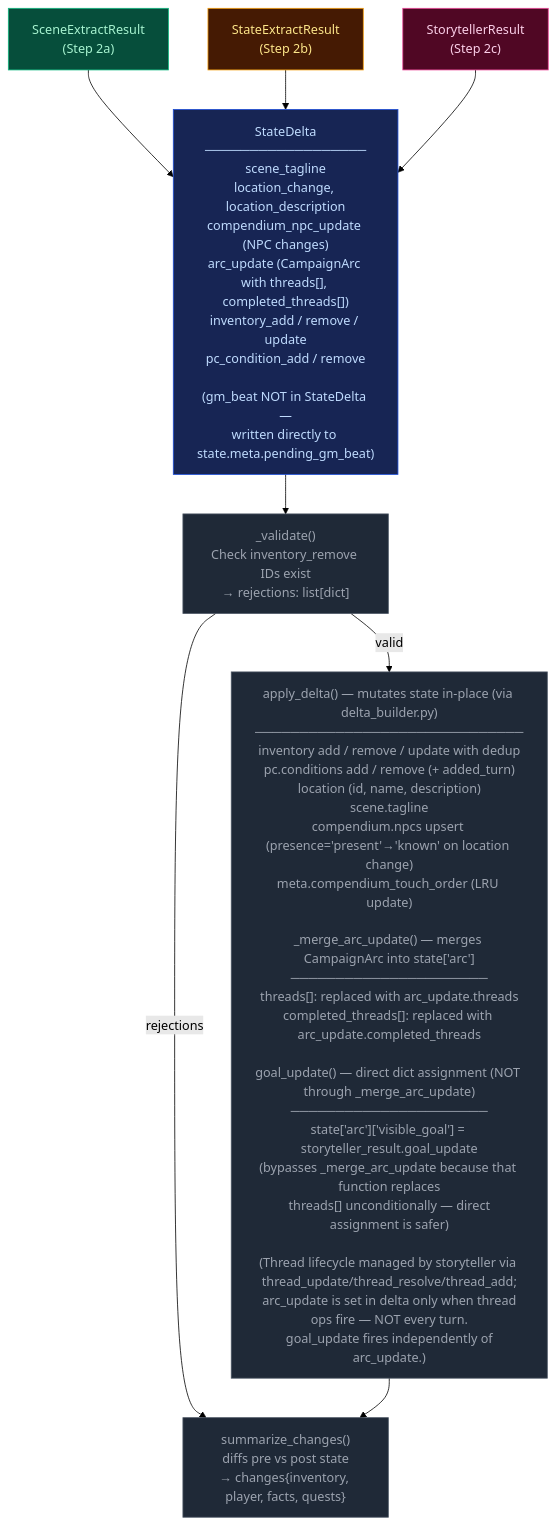
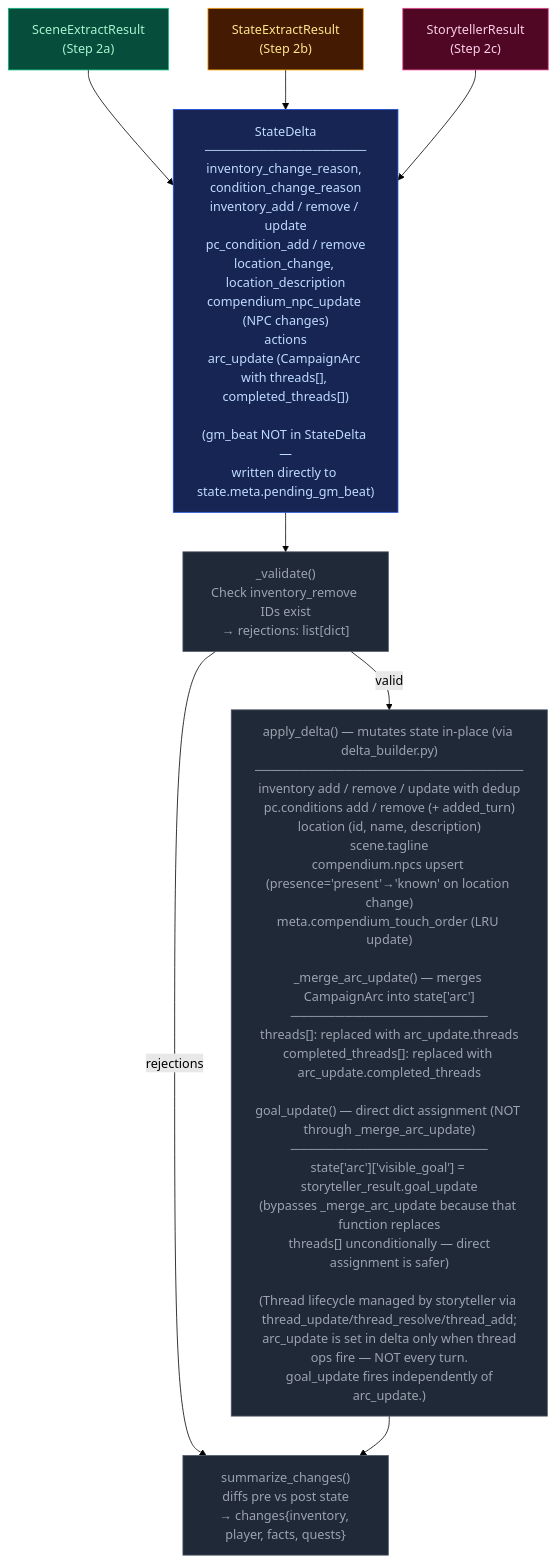
The diagram in docs/architecture/delta-validate.md (pww217/fablethread), drawn with Mermaid (forest theme) before and after one commit. The commit also changed 15 other files, not shown here.

Commit message:
docs: architectural accuracy pass

````diff
--- a/docs/architecture/delta-validate.md
+++ b/docs/architecture/delta-validate.md
@@ -7,28 +7,28 @@
 ```mermaid
 flowchart TD
     classDef stageScene    fill:#064e3b,color:#a7f3d0,stroke:#10b981
     classDef stageState    fill:#451a03,color:#fde68a,stroke:#f59e0b
     classDef stageProgress fill:#500724,color:#fbcfe8,stroke:#ec4899
     classDef pyNode        fill:#1f2937,color:#9ca3af,stroke:#4b5563
     classDef mergeNode     fill:#172554,color:#bfdbfe,stroke:#1d4ed8
 
     SR1["SceneExtractResult<br>(Step 2a)"]:::stageScene
     SR2["StateExtractResult<br>(Step 2b)"]:::stageState
     SR3["StorytellerResult<br>(Step 2c)"]:::stageProgress
 
-    MERGE["StateDelta<br>──────────────────<br>scene_tagline<br>location_change, location_description<br>compendium_npc_update (NPC changes)<br>arc_update (CampaignArc with threads[], completed_threads[])<br>inventory_add / remove / update<br>pc_condition_add / remove<br><br>(gm_beat NOT in StateDelta —<br>written directly to state.meta.pending_gm_beat)"]:::mergeNode
+    MERGE["StateDelta<br>──────────────────<br>inventory_change_reason, condition_change_reason<br>inventory_add / remove / update<br>pc_condition_add / remove<br>location_change, location_description<br>compendium_npc_update (NPC changes)<br>actions<br>arc_update (CampaignArc with threads[], completed_threads[])<br><br>(gm_beat NOT in StateDelta —<br>written directly to state.meta.pending_gm_beat)"]:::mergeNode
 
     VALIDATE["_validate()<br>Check inventory_remove IDs exist<br>→ rejections: list[dict]"]:::pyNode
 
     APPLY["apply_delta() — mutates state in-place (via delta_builder.py)<br>──────────────────────────────<br>inventory add / remove / update with dedup<br>pc.conditions add / remove (+ added_turn)<br>location (id, name, description)<br>scene.tagline<br>compendium.npcs upsert (presence='present'→'known' on location change)<br>meta.compendium_touch_order (LRU update)<br><br>_merge_arc_update() — merges CampaignArc into state['arc']<br>──────────────────────<br>threads[]: replaced with arc_update.threads<br>completed_threads[]: replaced with arc_update.completed_threads<br><br>goal_update() — direct dict assignment (NOT through _merge_arc_update)<br>──────────────────────<br>state['arc']['visible_goal'] = storyteller_result.goal_update<br>(bypasses _merge_arc_update because that function replaces<br> threads[] unconditionally — direct assignment is safer)<br><br>(Thread lifecycle managed by storyteller via thread_update/thread_resolve/thread_add;<br> arc_update is set in delta only when thread ops fire — NOT every turn.<br> goal_update fires independently of arc_update.)"]:::pyNode
 
     DIFF["summarize_changes()<br>diffs pre vs post state<br>→ changes{inventory, player, facts, quests}"]:::pyNode
 
     SR1 --> MERGE
     SR2 --> MERGE
     SR3 --> MERGE
     MERGE --> VALIDATE
     VALIDATE -- "valid" --> APPLY
     VALIDATE -- "rejections" --> DIFF
     APPLY --> DIFF
 ```
````
